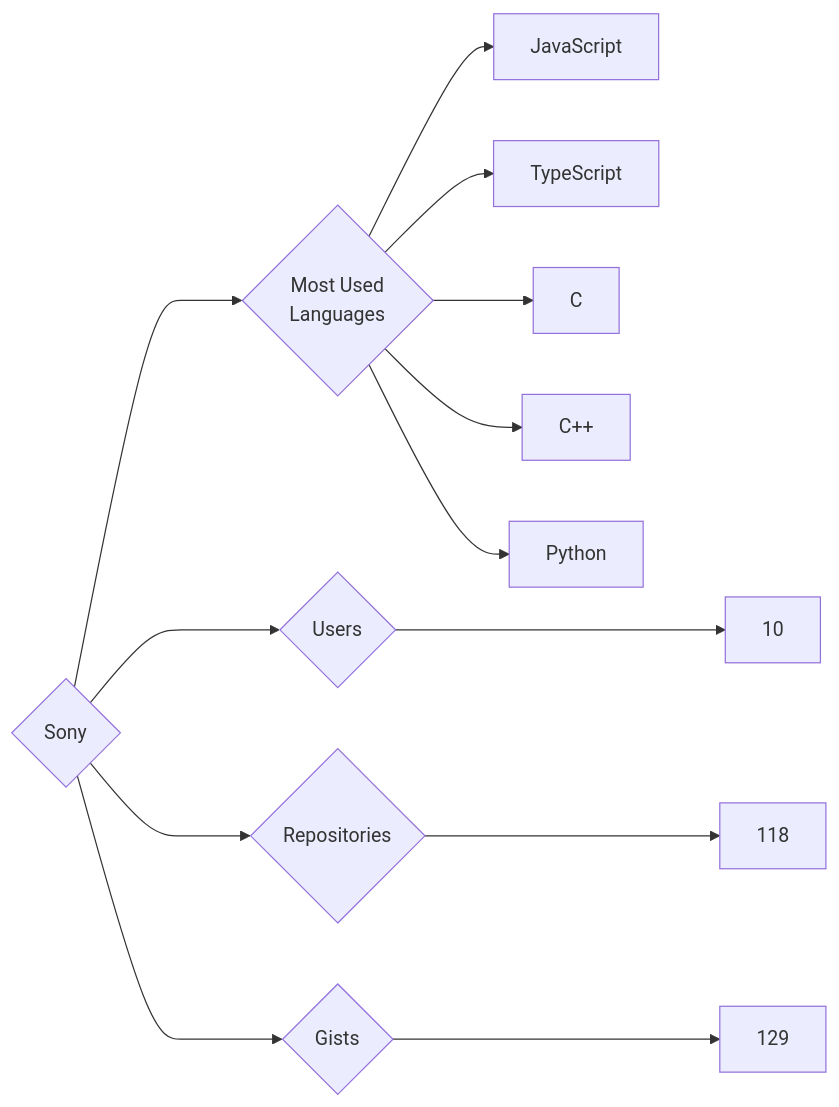
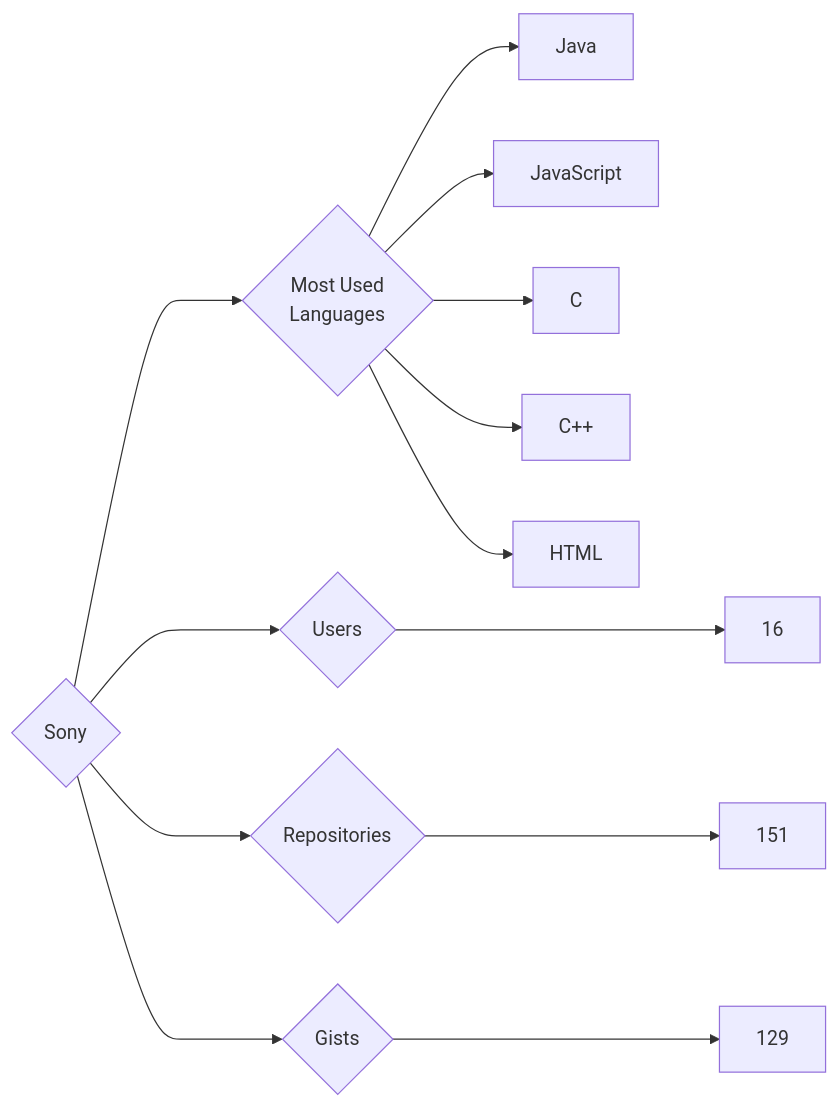
One commit to trickest/insiders changed the diagram in targets/Sony/README.md. Above: the diagram before and after it, drawn with Mermaid. The commit also changed 1389 other files, not shown here.

````diff
--- a/targets/Sony/README.md
+++ b/targets/Sony/README.md
@@ -3,13 +3,13 @@
 ```mermaid
 graph LR
 COMPANY_NAME{Sony}
-COMPANY_NAME ---> U{Users} ---> UN[10]
-COMPANY_NAME ---> R{Repositories} ---> RN[118]
+COMPANY_NAME ---> U{Users} ---> UN[16]
+COMPANY_NAME ---> R{Repositories} ---> RN[151]
 COMPANY_NAME ---> G{Gists} ---> GN[129]
 COMPANY_NAME ---> ML{Most Used<br>Languages}
+ML --> Java[Java]
 ML --> JavaScript[JavaScript]
-ML --> TypeScript[TypeScript]
 ML --> C[C]
 ML --> C++[C++]
-ML --> Python[Python]
+ML --> HTML[HTML]
 ```
````
